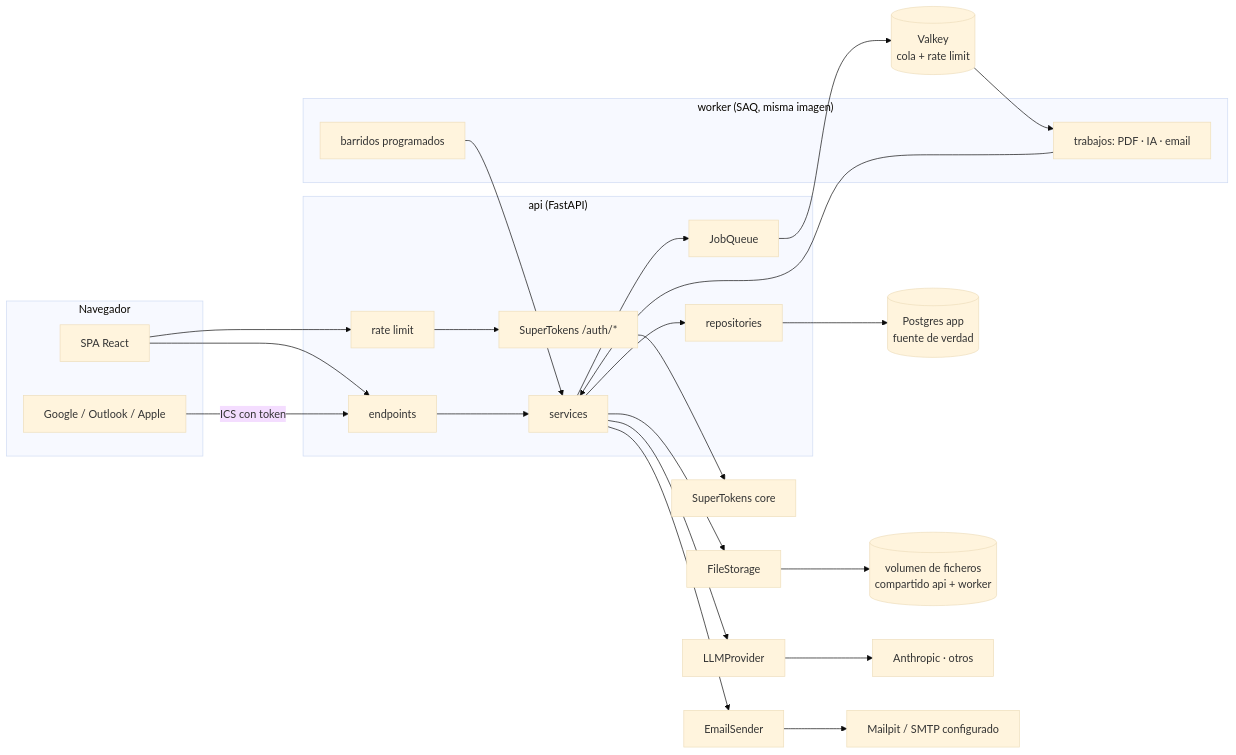
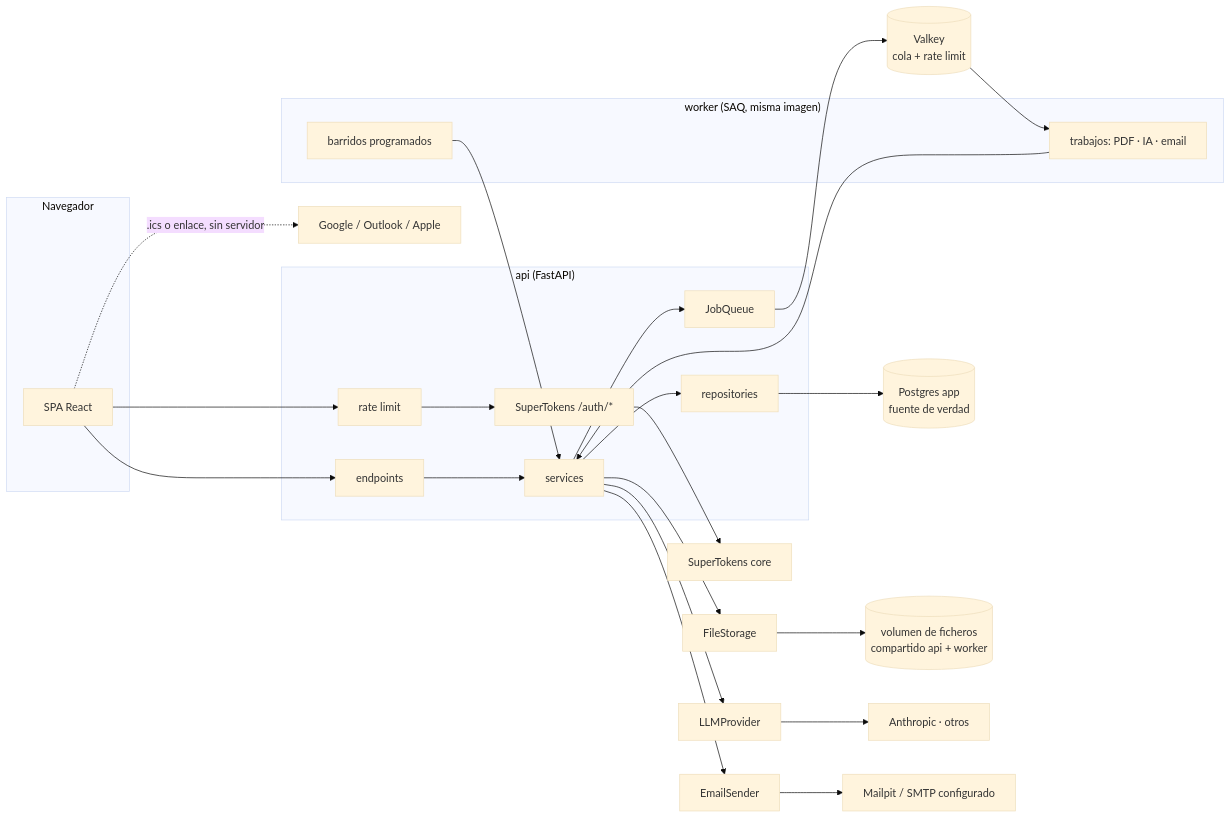
One commit to iMiguel10/applications-tracker changed the first of 2 diagrams in docs/arquitectura/v2.md. Above: the diagram before and after it, drawn with Mermaid (base theme). The commit also changed other lines of this file and 15 other files, not shown here.

````diff
--- a/docs/arquitectura/v2.md
+++ b/docs/arquitectura/v2.md
@@ -39,28 +39,27 @@
 ```mermaid
 flowchart LR
     subgraph Navegador
         SPA["SPA React"]
-        CAL["Google / Outlook / Apple"]
     end
     subgraph API["api (FastAPI)"]
         RL["rate limit"] --> MW["SuperTokens /auth/*"]
         EP["endpoints"] --> SV["services"] --> RP["repositories"]
         SV --> Q["JobQueue"]
     end
     subgraph Worker["worker (SAQ, misma imagen)"]
         JOBS["trabajos: PDF · IA · email"]
         CRON["barridos programados"]
     end
     SPA --> RL
     SPA --> EP
-    CAL -- "ICS con token" --> EP
+    SPA -. ".ics o enlace, sin servidor" .-> CAL["Google / Outlook / Apple"]
     Q --> REDIS[("Valkey<br/>cola + rate limit")]
     REDIS --> JOBS
     JOBS --> SV
     CRON --> SV
     RP --> DB[("Postgres app<br/>fuente de verdad")]
     SV --> FS["FileStorage"] --> DISK[("volumen de ficheros<br/>compartido api + worker")]
     SV --> LLM["LLMProvider"] --> PROV["Anthropic · otros"]
     SV --> MAIL["EmailSender"] --> SMTP["Mailpit / SMTP configurado"]
     MW --> STC["SuperTokens core"]
 ```
````
